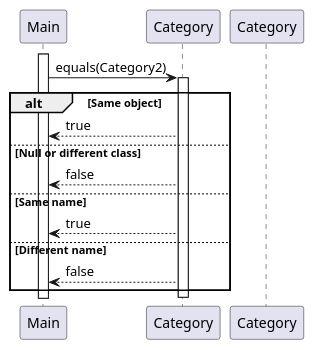
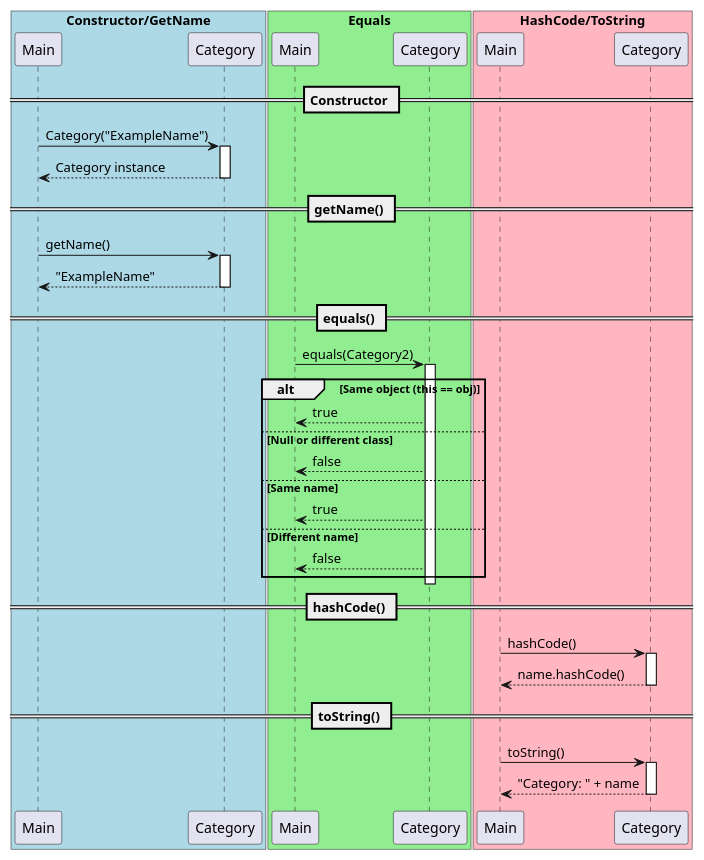
Before and after one commit to nus-cs2113-AY2425S1/tp: the diagram in docs/plantUMLCode/category-class-diagram.puml, drawn with PlantUML. The commit also changed other lines of this file and 2 other files, not shown here.

```diff
--- a/docs/plantUMLCode/category-class-diagram.puml
+++ b/docs/plantUMLCode/category-class-diagram.puml
@@ -23,19 +1,56 @@
 @startuml
-participant "Main" as Main
+
+box "Constructor/GetName" #LightBlue
+participant "Main" as Main1
 participant "Category" as Category1
+end box
+
+box "Equals" #LightGreen
+participant "Main" as Main2
 participant "Category" as Category2
-activate Main
+end box
 
-Main -> Category1: equals(Category2)
+box "HashCode/ToString" #LightPink
+participant "Main" as Main3
+participant "Category" as Category3
+end box
+
+== Constructor ==
+Main1 -> Category1: Category("ExampleName")
 activate Category1
-alt Same object
-    Category1 --> Main: true
+Category1 --> Main1: Category instance
+deactivate Category1
+
+== getName() ==
+Main1 -> Category1: getName()
+activate Category1
+Category1 --> Main1: "ExampleName"
+deactivate Category1
+
+== equals() ==
+Main2 -> Category2: equals(Category2)
+activate Category2
+alt Same object (this == obj)
+    Category2 --> Main2: true
 else Null or different class
-    Category1 --> Main: false
+    Category2 --> Main2: false
 else Same name
-    Category1 --> Main: true
+    Category2 --> Main2: true
 else Different name
-    Category1 --> Main: false
+    Category2 --> Main2: false
 end
-deactivate Category1
+deactivate Category2
+
+== hashCode() ==
+Main3 -> Category3: hashCode()
+activate Category3
+Category3 --> Main3: name.hashCode()
+deactivate Category3
+
+== toString() ==
+Main3 -> Category3: toString()
+activate Category3
+Category3 --> Main3: "Category: " + name
+deactivate Category3
+
 @enduml
```
